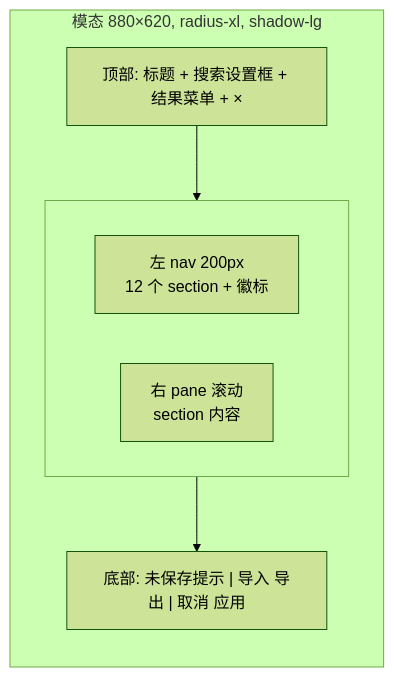
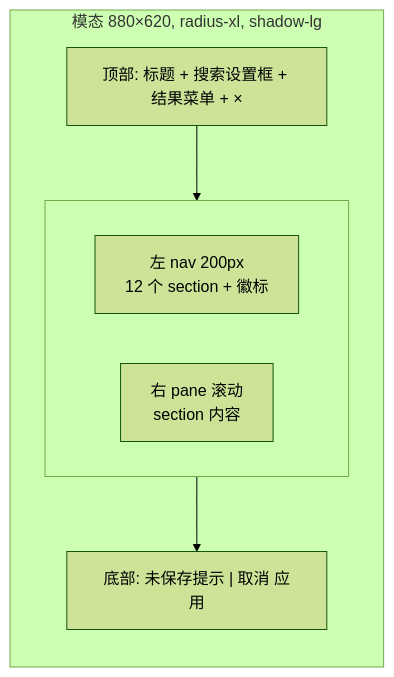
The diagram in design/04-settings.md (jinhuang712/open-novel), drawn with Mermaid (forest theme) before and after one commit. The commit also changed other lines of this file and 38 other files, not shown here.

````diff
--- a/design/04-settings.md
+++ b/design/04-settings.md
@@ -7,14 +7,14 @@
 ```mermaid
 flowchart LR
   subgraph DLG["模态 880×620, radius-xl, shadow-lg"]
     direction TB
     TOP["顶部: 标题 + 搜索设置框 + 结果菜单 + ×"]
     subgraph BODY[" "]
       direction LR
       NAV["左 nav 200px<br/>12 个 section + 徽标"]
       PANE["右 pane 滚动<br/>section 内容"]
     end
-    FOOT["底部: 未保存提示 | 导入 导出 | 取消 应用"]
+    FOOT["底部: 未保存提示 | 取消 应用"]
     TOP --> BODY --> FOOT
   end
 ```
````
